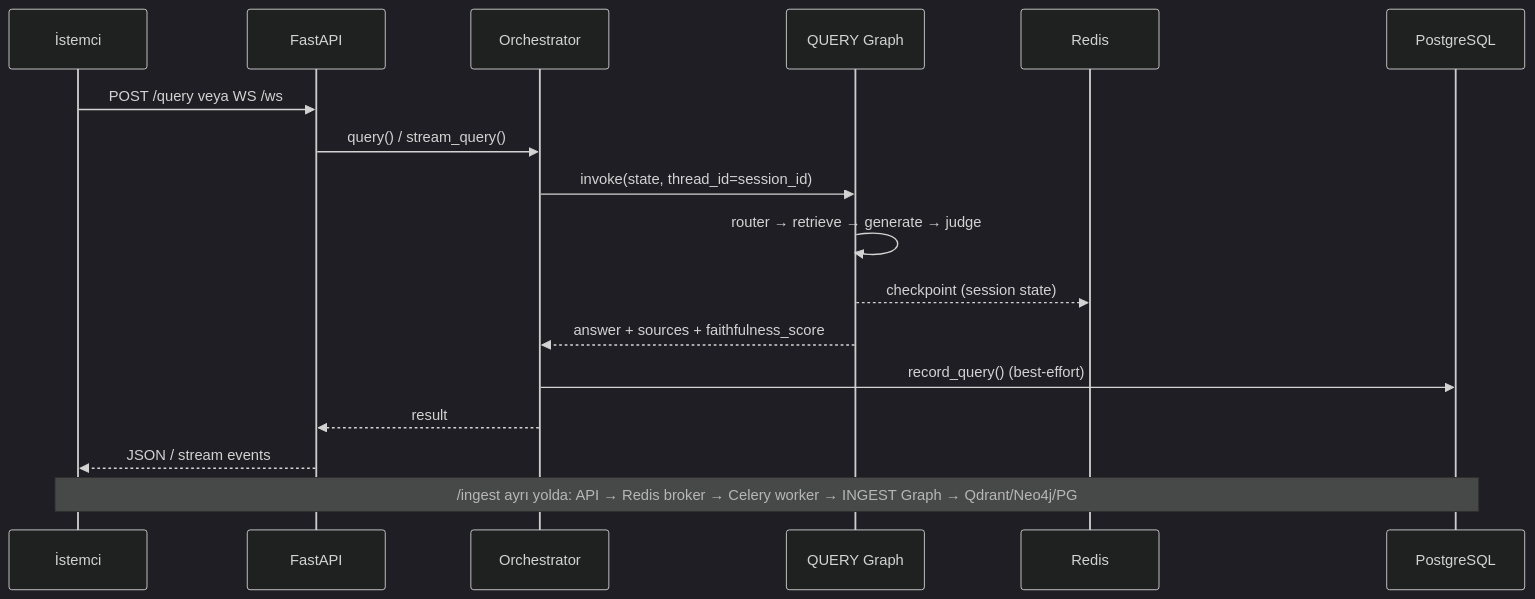
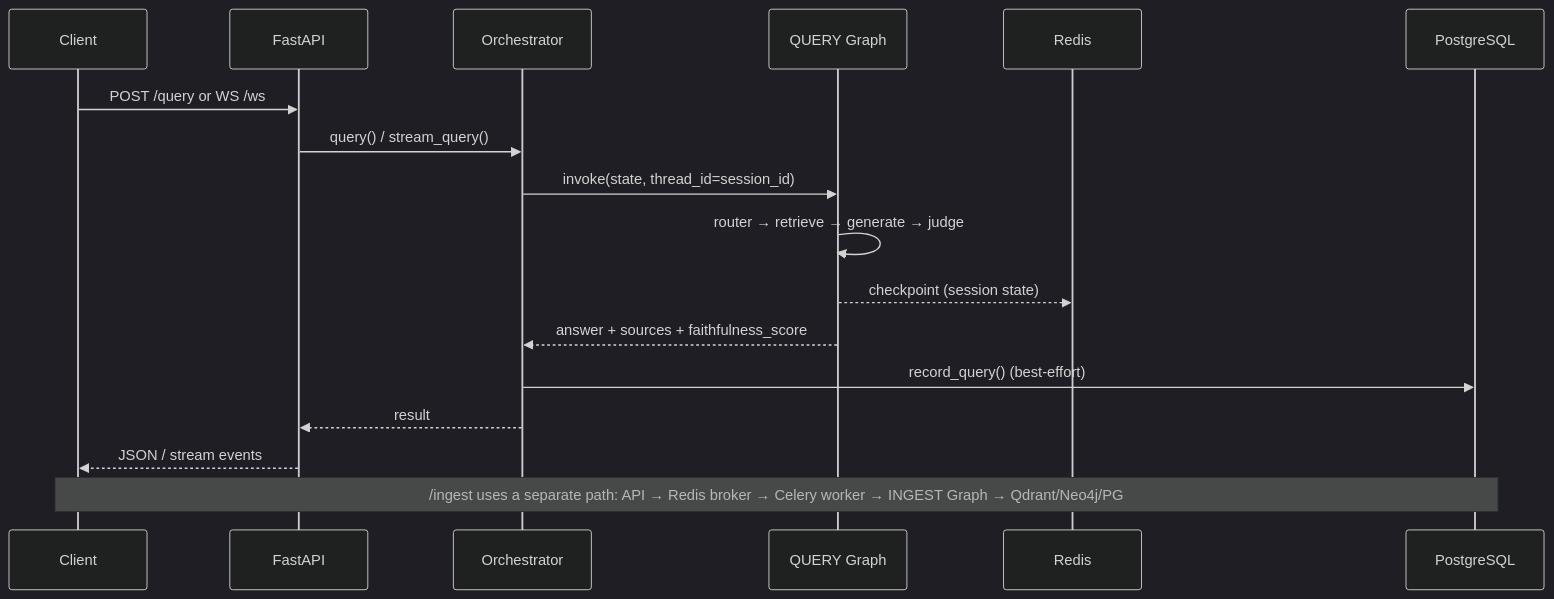
One commit to Hasan26ozcan/Autonomous-Research-Analysis-Platform changed the seventh of 7 diagrams in architecture.md. Above: the diagram before and after it, drawn with Mermaid (dark theme). The commit also changed other lines of this file and 7 other files, not shown here.

Commit message:
diagram second update

````diff
--- a/architecture.md
+++ b/architecture.md
@@ -230,21 +232,21 @@
 ```mermaid
 sequenceDiagram
-    participant C as İstemci
+    participant C as Client
     participant API as FastAPI
     participant O as Orchestrator
     participant G as QUERY Graph
     participant R as Redis
     participant DB as PostgreSQL
 
-    C->>API: POST /query veya WS /ws
+    C->>API: POST /query or WS /ws
     API->>O: query() / stream_query()
     O->>G: invoke(state, thread_id=session_id)
     G->>G: router → retrieve → generate → judge
     G-->>R: checkpoint (session state)
     G-->>O: answer + sources + faithfulness_score
     O->>DB: record_query() (best-effort)
     O-->>API: result
     API-->>C: JSON / stream events
 
-    Note over C,DB: /ingest ayrı yolda: API → Redis broker → Celery worker → INGEST Graph → Qdrant/Neo4j/PG
+    Note over C,DB: /ingest uses a separate path: API → Redis broker → Celery worker → INGEST Graph → Qdrant/Neo4j/PG
 ```
````
